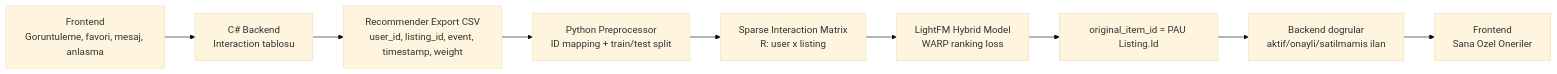
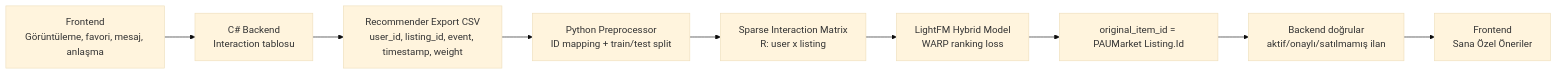
The diagram in docs/recommender_math_defense.md (hasantogmus/pau-market), drawn with Mermaid (base theme) before and after one commit. The commit also changed other lines of this file and 5 other files, not shown here.

````diff
--- a/docs/recommender_math_defense.md
+++ b/docs/recommender_math_defense.md
@@ -18,11 +18,11 @@
 ```mermaid
 flowchart LR
-    A["Frontend\nGoruntuleme, favori, mesaj, anlasma"] --> B["C# Backend\nInteraction tablosu"]
+    A["Frontend\nGörüntüleme, favori, mesaj, anlaşma"] --> B["C# Backend\nInteraction tablosu"]
     B --> C["Recommender Export CSV\nuser_id, listing_id, event, timestamp, weight"]
     C --> D["Python Preprocessor\nID mapping + train/test split"]
     D --> E["Sparse Interaction Matrix\nR: user x listing"]
     E --> F["LightFM Hybrid Model\nWARP ranking loss"]
-    F --> G["original_item_id = PAU Listing.Id"]
-    G --> H["Backend dogrular\naktif/onayli/satilmamis ilan"]
-    H --> I["Frontend\nSana Ozel Oneriler"]
+    F --> G["original_item_id = PAUMarket Listing.Id"]
+    G --> H["Backend doğrular\naktif/onaylı/satılmamış ilan"]
+    H --> I["Frontend\nSana Özel Öneriler"]
 ```
````
